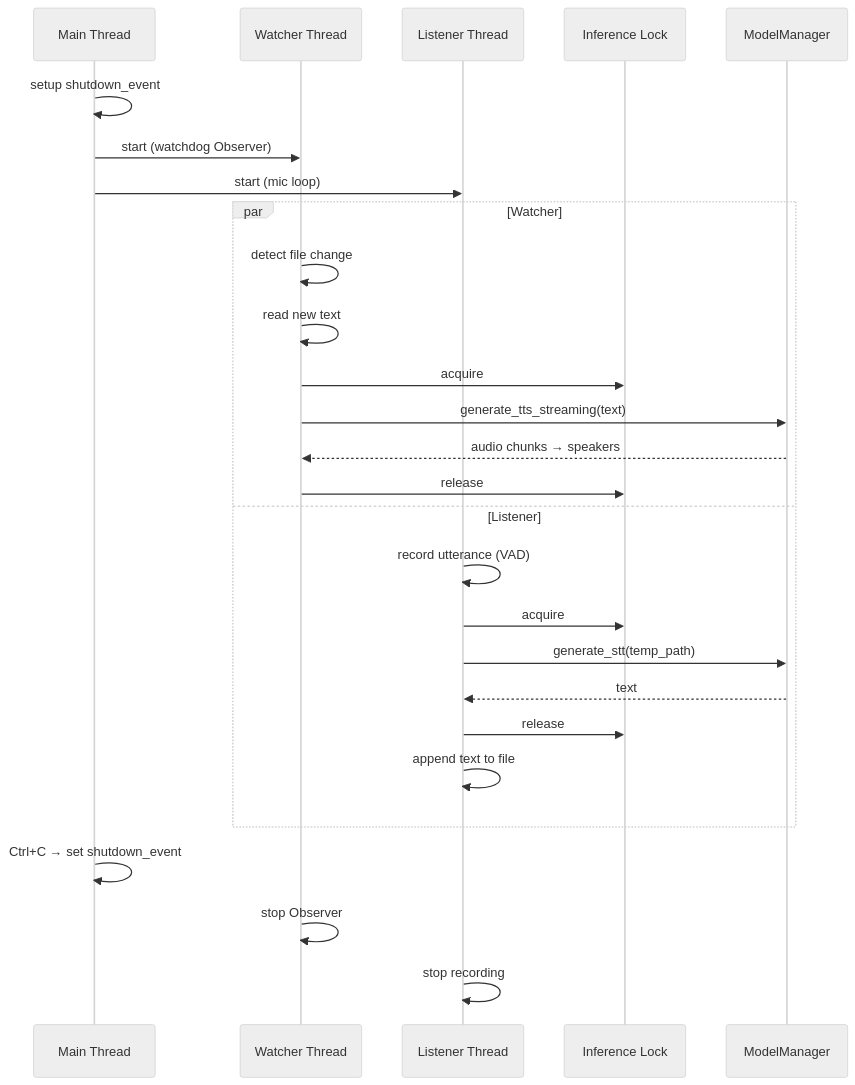
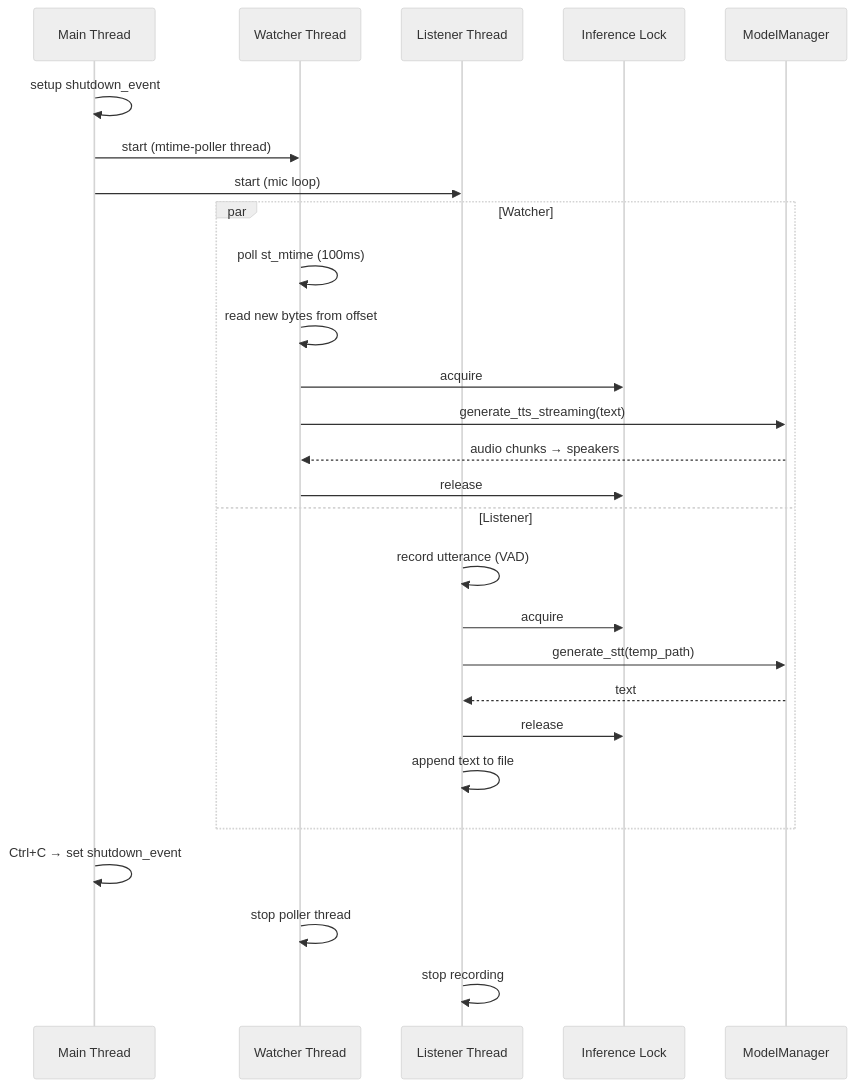
One commit to gatewaynode/conversational_ai changed the sixth of 6 diagrams in tasks/ARCHITECTURE.md. Above: the diagram before and after it, drawn with Mermaid (neutral theme). The commit also changed other lines of this file and 4 other files, not shown here.

````diff
--- a/tasks/ARCHITECTURE.md
+++ b/tasks/ARCHITECTURE.md
@@ -340,32 +340,32 @@
 ```mermaid
 sequenceDiagram
     participant Main as Main Thread
     participant WT as Watcher Thread
     participant LT as Listener Thread
     participant Lock as Inference Lock
     participant MM as ModelManager
 
     Main->>Main: setup shutdown_event
-    Main->>WT: start (watchdog Observer)
+    Main->>WT: start (mtime-poller thread)
     Main->>LT: start (mic loop)
 
     par Watcher
-        WT->>WT: detect file change
-        WT->>WT: read new text
+        WT->>WT: poll st_mtime (100ms)
+        WT->>WT: read new bytes from offset
         WT->>Lock: acquire
         WT->>MM: generate_tts_streaming(text)
         MM-->>WT: audio chunks → speakers
         WT->>Lock: release
     and Listener
         LT->>LT: record utterance (VAD)
         LT->>Lock: acquire
         LT->>MM: generate_stt(temp_path)
         MM-->>LT: text
         LT->>Lock: release
         LT->>LT: append text to file
     end
 
     Main->>Main: Ctrl+C → set shutdown_event
-    WT->>WT: stop Observer
+    WT->>WT: stop poller thread
     LT->>LT: stop recording
 ```
````
